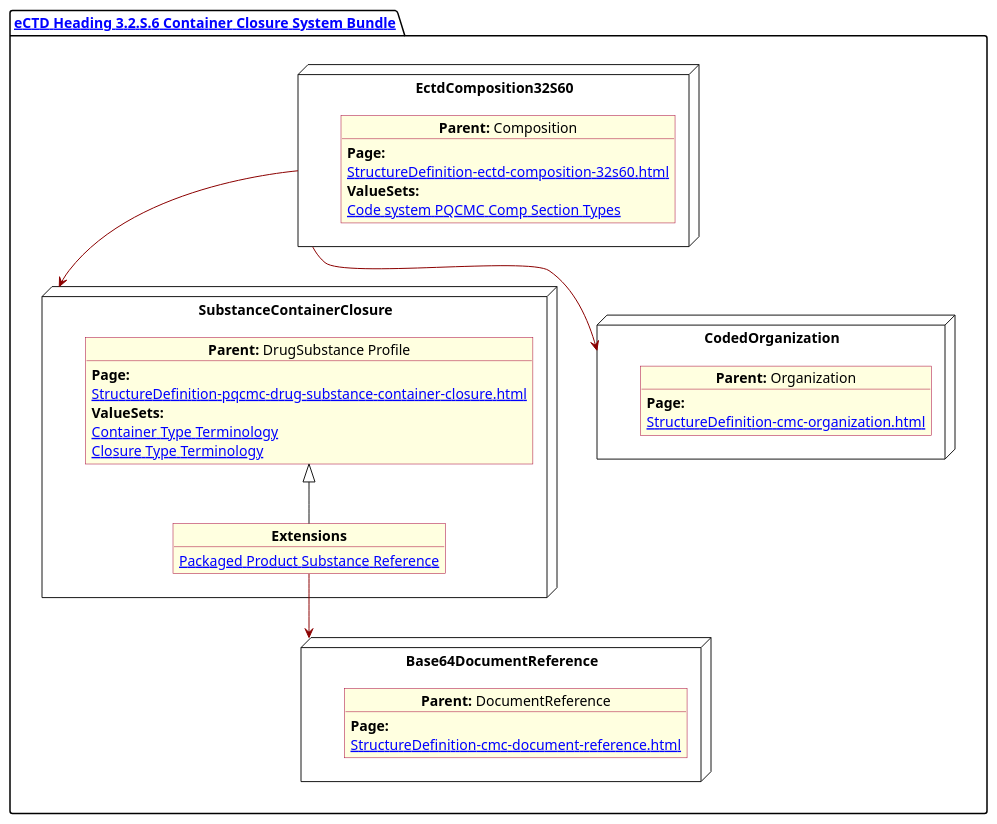
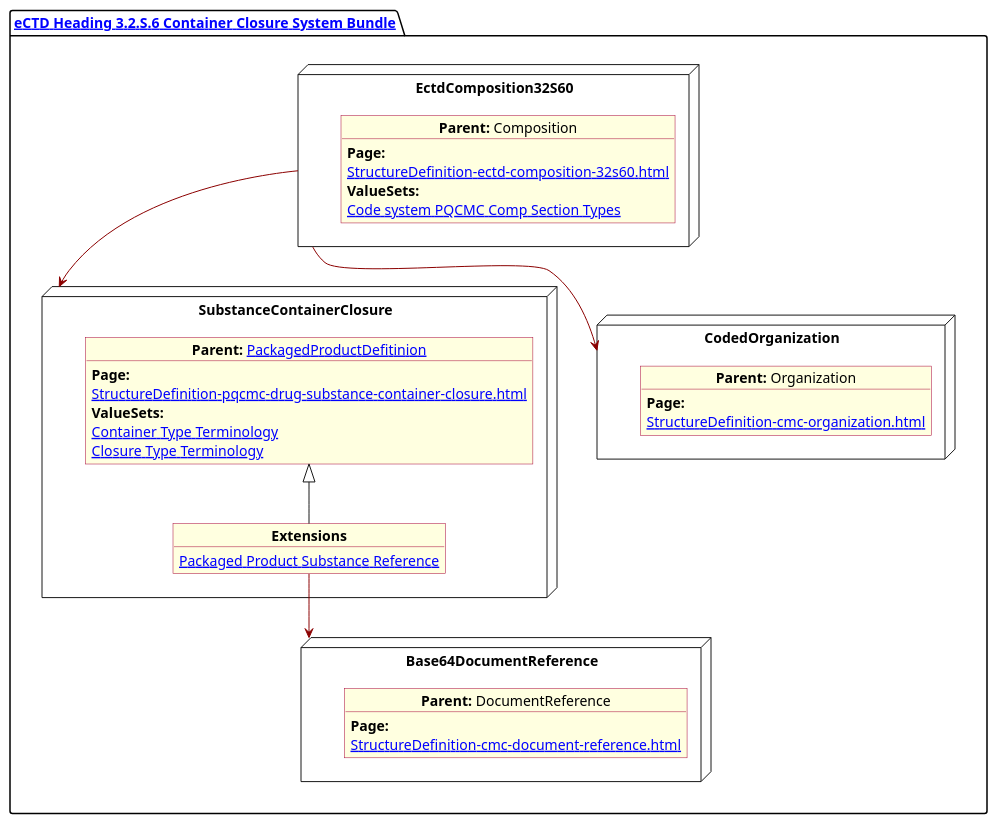
One commit to HL7/FHIR-us-pq-cmc-fda changed the diagram in input/images-source/SubstanceContainer.plantuml. Above: the diagram before and after it, drawn with PlantUML.

Commit message:
wrong parent in 32S6 plantUML

```diff
--- a/input/images-source/SubstanceContainer.plantuml
+++ b/input/images-source/SubstanceContainer.plantuml
@@ -1,61 +1,61 @@
 @startuml SubstanceContainer
 allowmixing
 'Mixed model of use case and object
 skinparam svgDimensionStyle false
 skinparam ObjectBackgroundColor LightYellow
 skinparam ObjectBorderColor #A80036
 skinparam activityDiamondBorderColor #A80036
 skinparam activityDiamondBackgroundColor lawnGreen
 skinparam ClassBorderThickness 4
 
 package "[[StructureDefinition-cmc-ectd-document-32s60.html eCTD Heading 3.2.S.6 Container Closure System Bundle]]" as NODES {
 
 
 
   node "EctdComposition32S60" as N1 {
 
     object "**Parent:** Composition" as obj1 {
       **Page:**
       [[StructureDefinition-ectd-composition-32s60.html]]
       **ValueSets:**
       [[ValueSet-cmc-comp-section-types-vs.html Code system PQCMC Comp Section Types]]
     }
 
   }
   node "SubstanceContainerClosure" as N21 {
 
-    object "**Parent:** DrugSubstance Profile" as obj22 {
+    object "**Parent:** [[https://hl7.org/fhir/R5/packagedproductdefinition.html PackagedProductDefitinion]]" as obj22 {
       **Page:**
       [[StructureDefinition-pqcmc-drug-substance-container-closure.html]]
       **ValueSets:**
       [[ValueSet-pqcmc-container-type-terminology.html Container Type Terminology]]
       [[ValueSet-pqcmc-closure-type-terminology.html Closure Type Terminology]]
     }
     object "**Extensions**" as objEx {
       [[StructureDefinition-packaged-product-substance-reference.html Packaged Product Substance Reference]]
     }
     obj22 <|-- objEx
   }
   node "Base64DocumentReference" as NB64 {
 
     object "**Parent:** DocumentReference"  as obj64 {
 
       **Page:**
       [[StructureDefinition-cmc-document-reference.html]]
     }
 
   }
   node "CodedOrganization" as NSO {
 
     object "**Parent:** Organization" as objAu {
       **Page:**
       [[StructureDefinition-cmc-organization.html]]
 
     }
   }
 }
 
 N1 -[#darkred]-> N21
 N1 -[#darkred]-> NSO
 objEx -[#darkred]-> NB64
 @enduml
```
